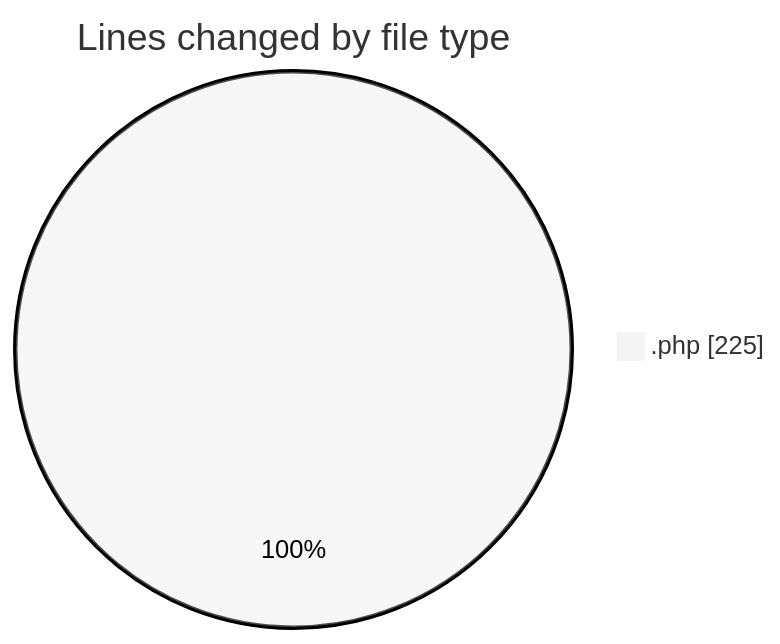
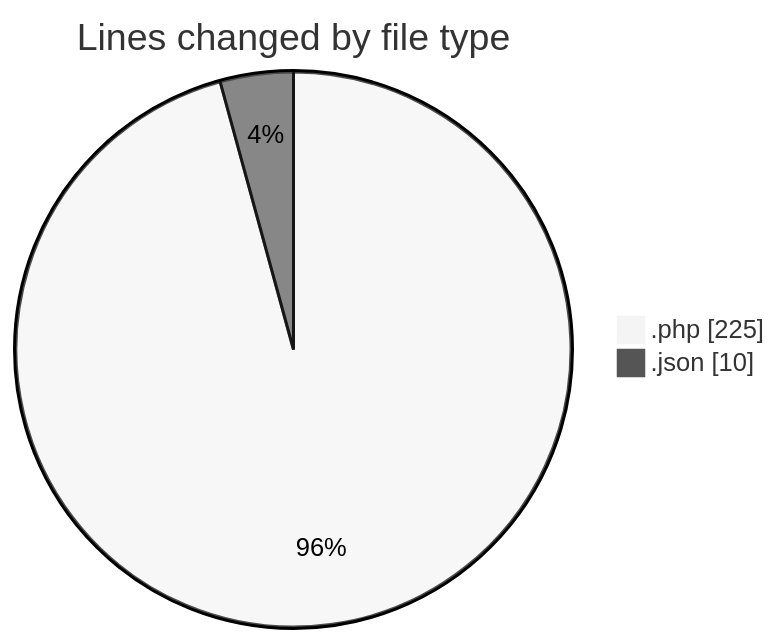
One commit to idhammustaqopulfikri/code-tracking changed the first of 2 diagrams in 2025-10-05/futsal/README.md. Above: the diagram before and after it, drawn with Mermaid (neutral theme). The commit also changed other lines of this file and 1 other file, not shown here.

````diff
--- a/2025-10-05/futsal/README.md
+++ b/2025-10-05/futsal/README.md
@@ -22,5 +23,6 @@
 ```mermaid
 pie showData
 title Lines changed by file type
 ".php" : 225
+".json" : 10
 ```
````
